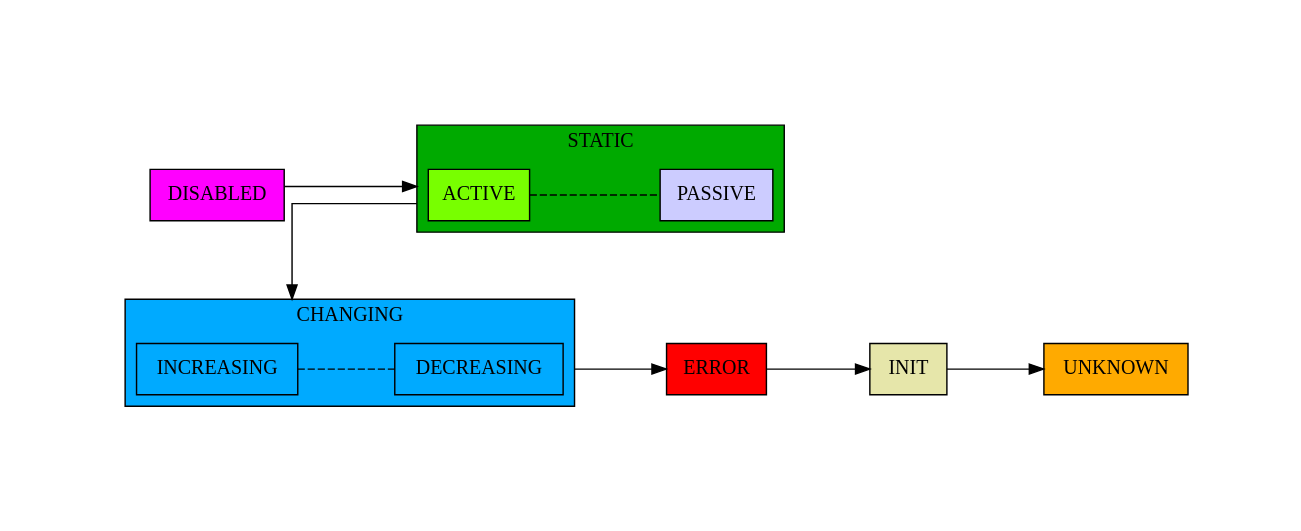
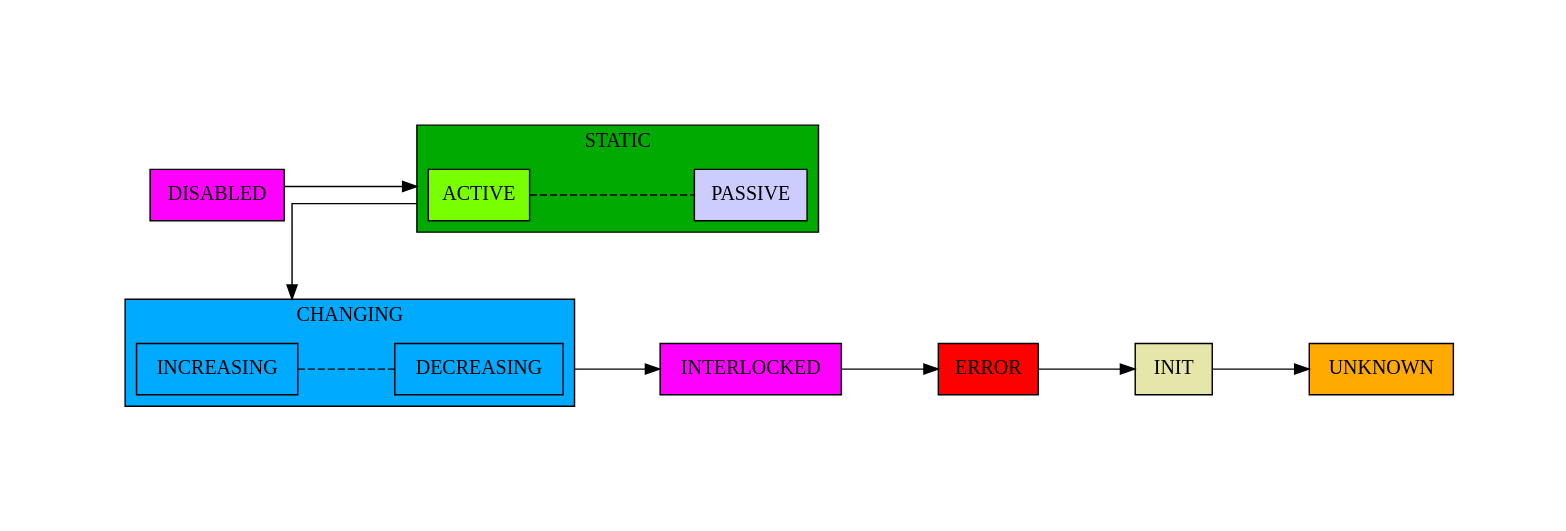
Before and after one commit to European-XFEL/Karabo: diagram 14 of 18 in doc/concepts/states.rst, drawn with Graphviz. The commit also changed other lines of this file, not shown here.

Commit message:
describing the interlocked trump

```diff
--- a/doc/concepts/states.rst
+++ b/doc/concepts/states.rst
@@ -404,6 +404,14 @@
             label = "INIT"
         ]
 
+        interlocked
+        [
+            shape = box
+            style = filled
+            fillcolor = "#FF00FF"
+            label = "INTERLOCKED"
+        ]
+
         error
         [
             shape = box
@@ -422,7 +430,8 @@
 
         disabled -> active [lhead=cluster0]
         increasing -> active [ltail=cluster1, lhead=cluster0, dir=back]
-        decreasing -> error [ltail=cluster1]
+        decreasing -> interlocked [ltail=cluster1]
+        interlocked -> error
         error -> init
         init -> unknown
 
```
